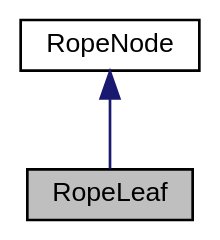
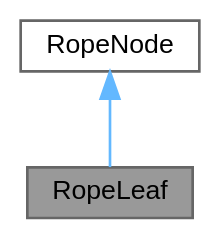
One commit to JS-CMP/JS-CMP changed the diagram in classRopeLeaf__coll__graph.dot. Above: the diagram before and after it, drawn with Graphviz. The commit also changed 561 other files, not shown here.

```diff
--- a/classRopeLeaf__coll__graph.dot
+++ b/classRopeLeaf__coll__graph.dot
@@ -1,10 +1,10 @@
 digraph "RopeLeaf"
 {
  // LATEX_PDF_SIZE
   bgcolor="transparent";
-  edge [fontname="Helvetica",fontsize="10",labelfontname="Helvetica",labelfontsize="10"];
-  node [fontname="Helvetica",fontsize="10",shape=record];
-  Node1 [label="RopeLeaf",height=0.2,width=0.4,color="black", fillcolor="grey75", style="filled", fontcolor="black",tooltip="Concrete class representing a leaf node in a Rope data structure."];
-  Node2 -> Node1 [dir="back",color="midnightblue",fontsize="10",style="solid",fontname="Helvetica"];
-  Node2 [label="RopeNode",height=0.2,width=0.4,color="black",URL="$classRopeNode.html",tooltip="Abstract base class representing a node in a Rope data structure."];
+  edge [fontname=Helvetica,fontsize=10,labelfontname=Helvetica,labelfontsize=10];
+  node [fontname=Helvetica,fontsize=10,shape=box,height=0.2,width=0.4];
+  Node1 [id="Node000001",label="RopeLeaf",height=0.2,width=0.4,color="gray40", fillcolor="grey60", style="filled", fontcolor="black",tooltip="Concrete class representing a leaf node in a Rope data structure."];
+  Node2 -> Node1 [id="edge1_Node000001_Node000002",dir="back",color="steelblue1",style="solid",tooltip=" "];
+  Node2 [id="Node000002",label="RopeNode",height=0.2,width=0.4,color="gray40", fillcolor="white", style="filled",URL="$classRopeNode.html",tooltip="Abstract base class representing a node in a Rope data structure."];
 }
```
